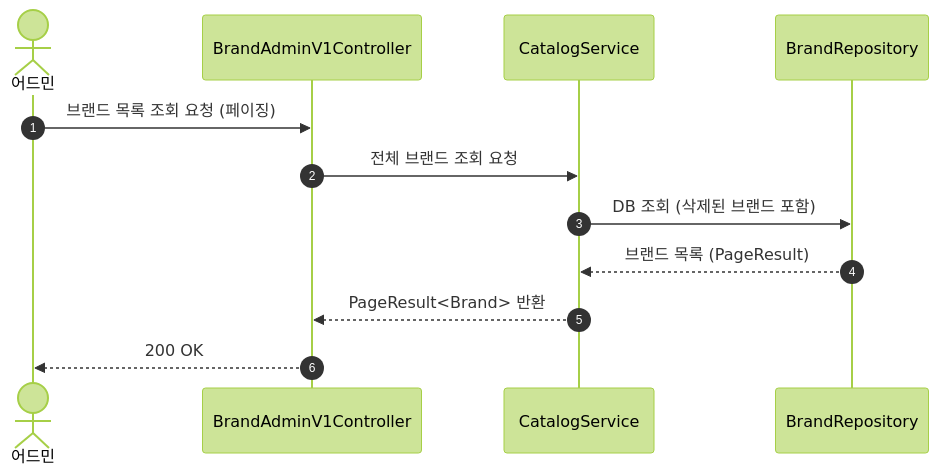
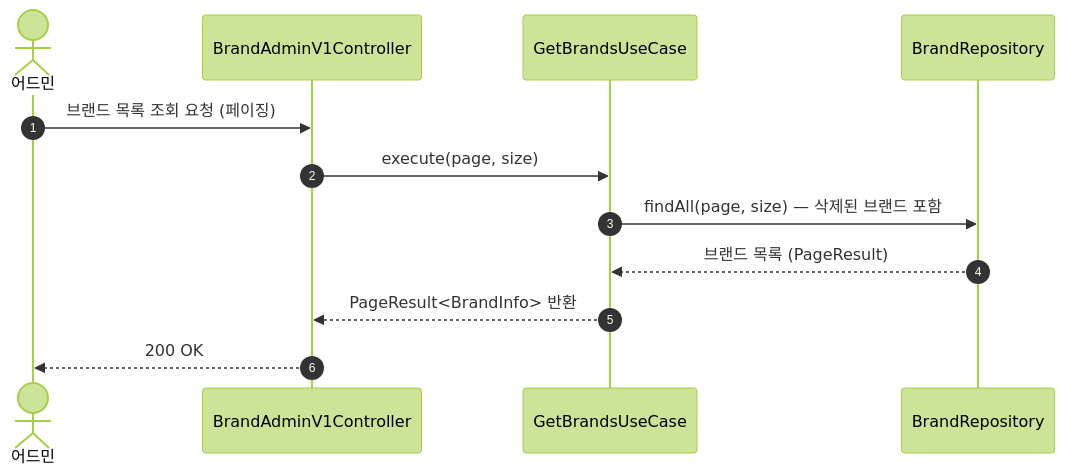
The fourth of 26 diagrams in docs/design/02-sequence-diagrams.md (Loopers-dev-lab/loop-pack-be-l2-vol3-kotlin), drawn with Mermaid (forest theme) before and after one commit. The commit also changed other lines of this file and 6 other files, not shown here.

First line of the commit message:
docs: 설계 문서 최신화 — Facade/Service → UseCase 패턴 반영

````diff
--- a/docs/design/02-sequence-diagrams.md
+++ b/docs/design/02-sequence-diagrams.md
@@ -110,14 +106,14 @@
 ```mermaid
 sequenceDiagram
     autonumber
     actor Admin as 어드민
     participant C as BrandAdminV1Controller
-    participant S as CatalogService
+    participant UC as GetBrandsUseCase
     participant R as BrandRepository
     Admin ->> C: 브랜드 목록 조회 요청 (페이징)
-    C ->> S: 전체 브랜드 조회 요청
-    S ->> R: DB 조회 (삭제된 브랜드 포함)
-    R -->> S: 브랜드 목록 (PageResult)
-    S -->> C: PageResult<Brand> 반환
+    C ->> UC: execute(page, size)
+    UC ->> R: findAll(page, size) — 삭제된 브랜드 포함
+    R -->> UC: 브랜드 목록 (PageResult)
+    UC -->> C: PageResult<BrandInfo> 반환
     C -->> Admin: 200 OK
 ```
````
